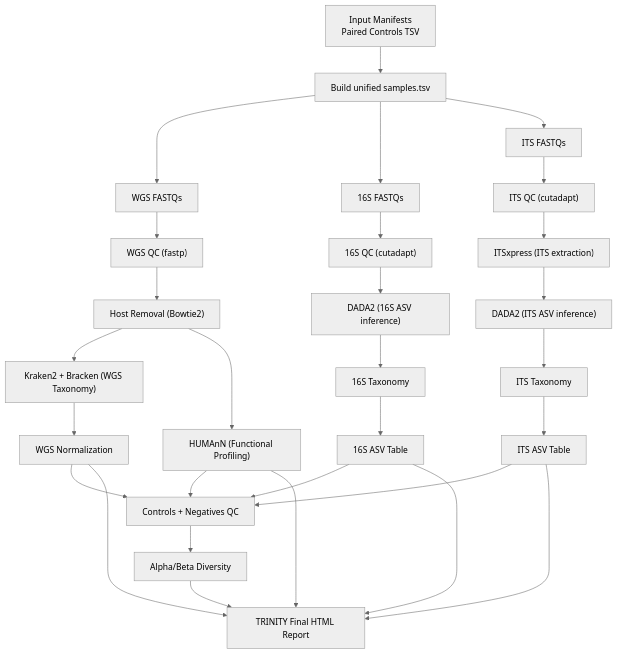
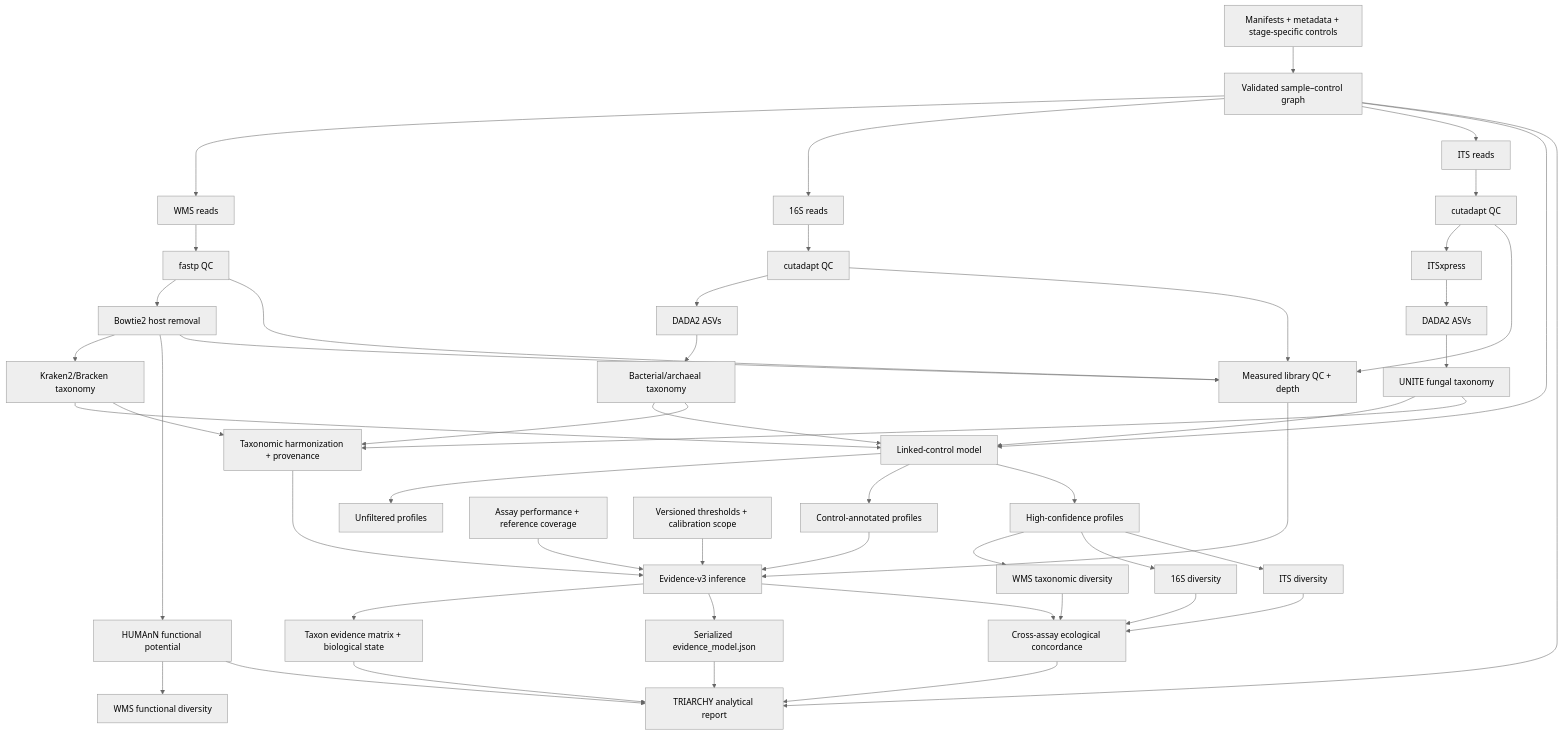
One commit to aglucaci/TRIARCHY changed the diagram in flowchart.md. Above: the diagram before and after it, drawn with Mermaid (neutral theme). The commit also changed other lines of this file and 2688 other files, not shown here.

````diff
--- a/flowchart.md
+++ b/flowchart.md
@@ -3,48 +18,67 @@
 ```mermaid
 flowchart TD
+    META["Manifests + metadata + stage-specific controls"] --> GRAPH["Validated sample–control graph"]
 
-    A["Input Manifests<br/>Paired Controls TSV"] --> B["Build unified samples.tsv"]
+    GRAPH --> WMS["WMS reads"]
+    GRAPH --> S16["16S reads"]
+    GRAPH --> ITS["ITS reads"]
 
-    %% Branch start
-    B --> WGSFASTQ["WGS FASTQs"]
-    B --> S16FASTQ["16S FASTQs"]
-    B --> ITSFASTQ["ITS FASTQs"]
+    WMS --> WQC["fastp QC"]
+    WQC --> HOST["Bowtie2 host removal"]
+    HOST --> WTAX["Kraken2/Bracken taxonomy"]
+    HOST --> FUNC["HUMAnN functional potential"]
 
-    %% WGS pipeline
-    WGSFASTQ --> WGSQC["WGS QC (fastp)"]
-    WGSQC --> HOSTREM["Host Removal (Bowtie2)"]
-    HOSTREM --> KRBRACK["Kraken2 + Bracken (WGS Taxonomy)"]
-    HOSTREM --> HUMANN["HUMAnN (Functional Profiling)"]
-    KRBRACK --> WGSnorm["WGS Normalization"]
+    S16 --> SQC["cutadapt QC"]
+    SQC --> SDADA["DADA2 ASVs"]
+    SDADA --> STAX["Bacterial/archaeal taxonomy"]
 
-    %% 16S pipeline
-    S16FASTQ --> S16QC["16S QC (cutadapt)"]
-    S16QC --> S16DADA["DADA2 (16S ASV inference)"]
-    S16DADA --> S16TAX["16S Taxonomy"]
-    S16TAX --> S16TABLE["16S ASV Table"]
+    ITS --> IQC["cutadapt QC"]
+    IQC --> IX["ITSxpress"]
+    IX --> IDADA["DADA2 ASVs"]
+    IDADA --> ITAX["UNITE fungal taxonomy"]
 
-    %% ITS pipeline
-    ITSFASTQ --> ITSQC["ITS QC (cutadapt)"]
-    ITSQC --> ITSX["ITSxpress (ITS extraction)"]
-    ITSX --> ITSDADA["DADA2 (ITS ASV inference)"]
-    ITSDADA --> ITSTAX["ITS Taxonomy"]
-    ITSTAX --> ITSTABLE["ITS ASV Table"]
+    GRAPH --> CONTROL["Linked-control model"]
+    WTAX --> CONTROL
+    STAX --> CONTROL
+    ITAX --> CONTROL
 
-    %% Controls
-    WGSnorm --> CTRL["Controls + Negatives QC"]
-    S16TABLE --> CTRL
-    ITSTABLE --> CTRL
-    HUMANN --> CTRL
+    WQC --> QMET["Measured library QC + depth"]
+    HOST --> QMET
+    SQC --> QMET
+    IQC --> QMET
 
-    %% Diversity
-    CTRL --> DIV["Alpha/Beta Diversity"]
+    CONTROL --> RAW["Unfiltered profiles"]
+    CONTROL --> ANNOTATED["Control-annotated profiles"]
+    CONTROL --> HIGH["High-confidence profiles"]
 
-    %% Final report
-    DIV --> REPORT["TRINITY Final HTML Report"]
-    WGSnorm --> REPORT
-    S16TABLE --> REPORT
-    ITSTABLE --> REPORT
-    HUMANN --> REPORT
+    WTAX --> HARM["Taxonomic harmonization + provenance"]
+    STAX --> HARM
+    ITAX --> HARM
+    ANNOTATED --> EVIDENCE["Evidence-v3 inference"]
+    HARM --> EVIDENCE
+    QMET --> EVIDENCE
+    PERF["Assay performance + reference coverage"] --> EVIDENCE
+    POLICY["Versioned thresholds + calibration scope"] --> EVIDENCE
+    EVIDENCE --> MATRIX["Taxon evidence matrix + biological state"]
+    EVIDENCE --> MODEL["Serialized evidence_model.json"]
 
+    WMSDIV["WMS taxonomic diversity"]
+    S16DIV["16S diversity"]
+    ITSDIV["ITS diversity"]
+    FUNCDIV["WMS functional diversity"]
+    HIGH --> WMSDIV
+    HIGH --> S16DIV
+    HIGH --> ITSDIV
+    FUNC --> FUNCDIV
 
+    WMSDIV --> ECO["Cross-assay ecological concordance"]
+    S16DIV --> ECO
+    ITSDIV --> ECO
+    EVIDENCE --> ECO
+
+    MATRIX --> REPORT["TRIARCHY analytical report"]
+    MODEL --> REPORT
+    ECO --> REPORT
+    FUNC --> REPORT
+    GRAPH --> REPORT
 ```
````
